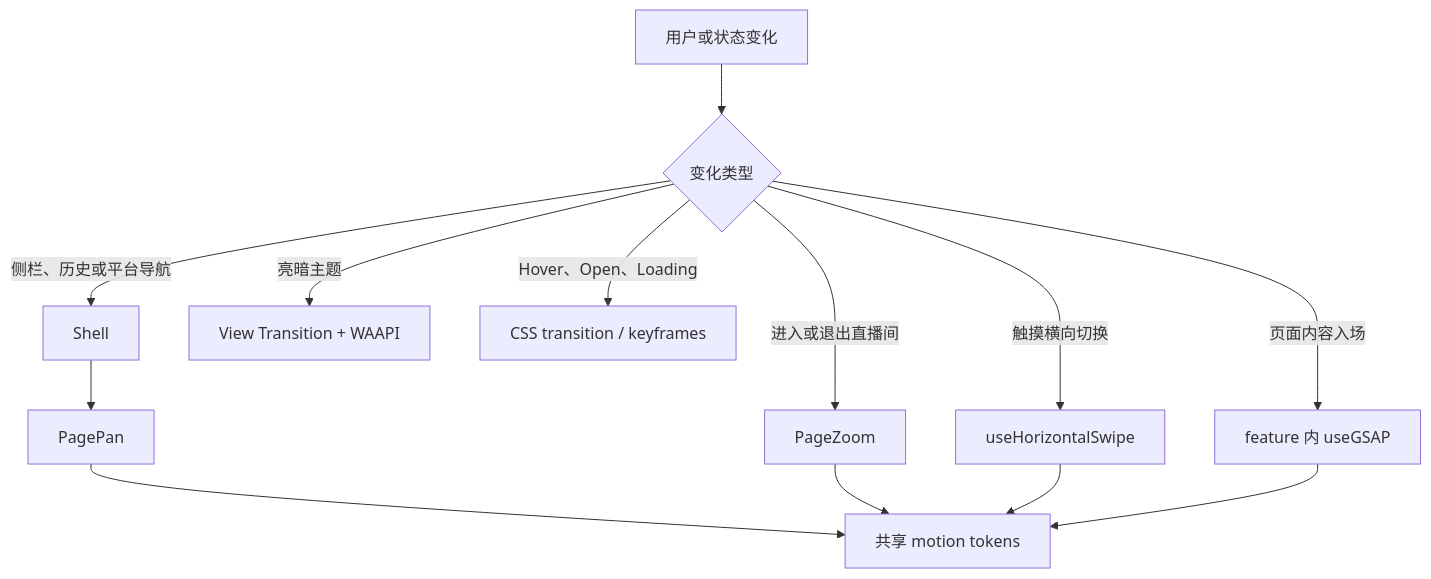
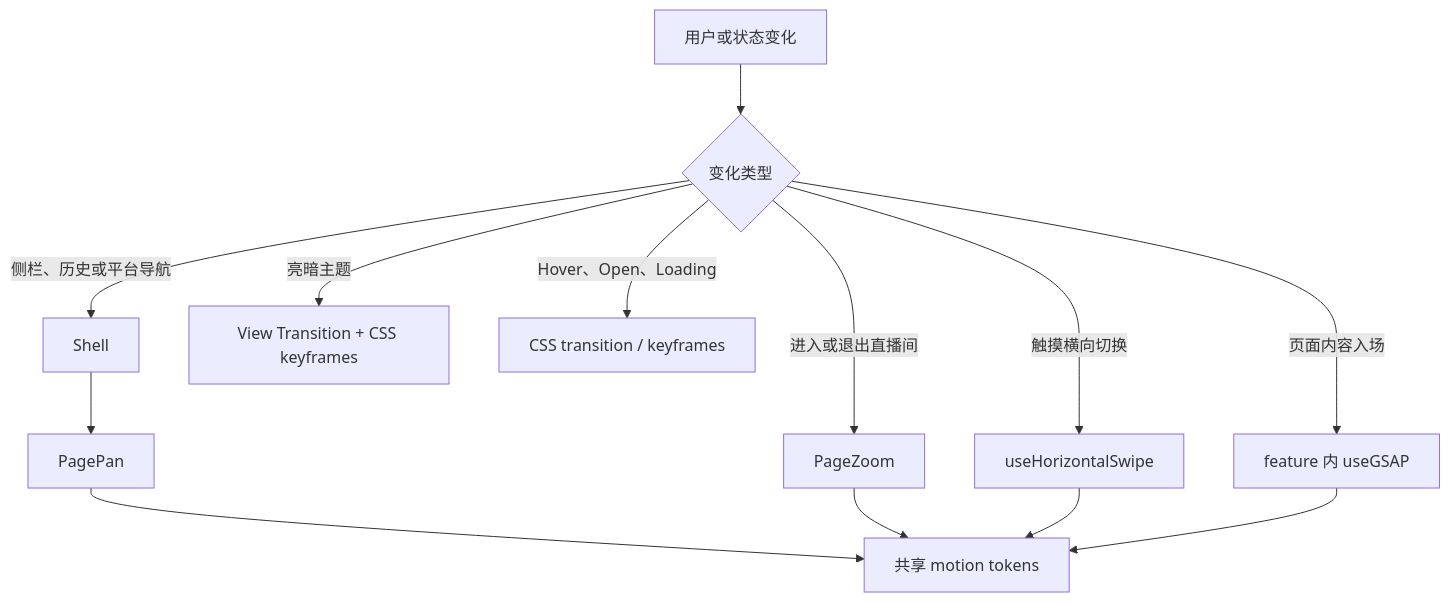
The diagram in docs/zh/UI与动画技术说明.md (Kenny3Shen/rLive), drawn with Mermaid before and after one commit. The commit also changed other lines of this file and 16 other files, not shown here.

````diff
--- a/docs/zh/UI与动画技术说明.md
+++ b/docs/zh/UI与动画技术说明.md
@@ -103,15 +103,15 @@
 ```mermaid
 flowchart TD
     A[用户或状态变化] --> B{变化类型}
     B -->|侧栏、历史或平台导航| C[Shell]
     C --> D[PagePan]
     B -->|进入或退出直播间| E[PageZoom]
     B -->|触摸横向切换| F[useHorizontalSwipe]
     B -->|页面内容入场| G[feature 内 useGSAP]
-    B -->|亮暗主题| H[View Transition + WAAPI]
+    B -->|亮暗主题| H[View Transition + CSS keyframes]
     B -->|Hover、Open、Loading| I[CSS transition / keyframes]
     D --> J[共享 motion tokens]
     E --> J
     F --> J
     G --> J
 ```
````
